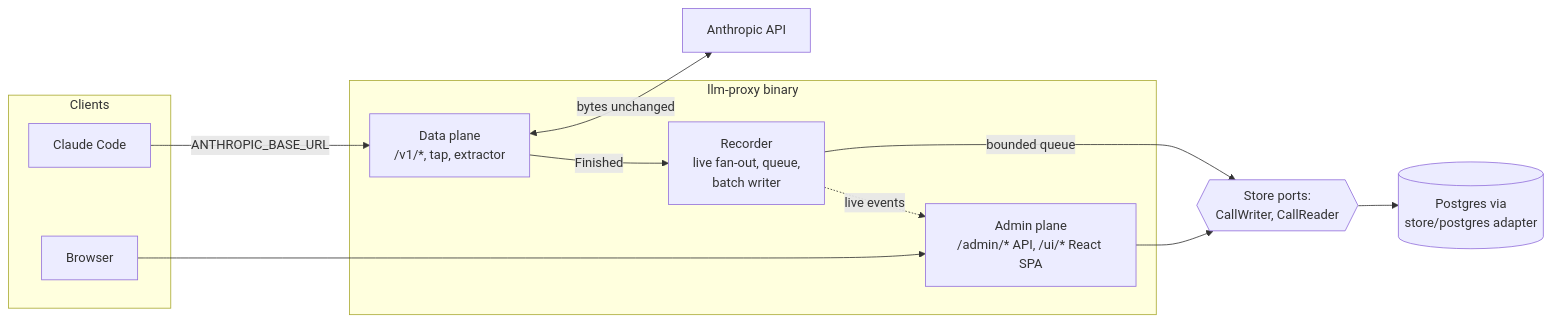
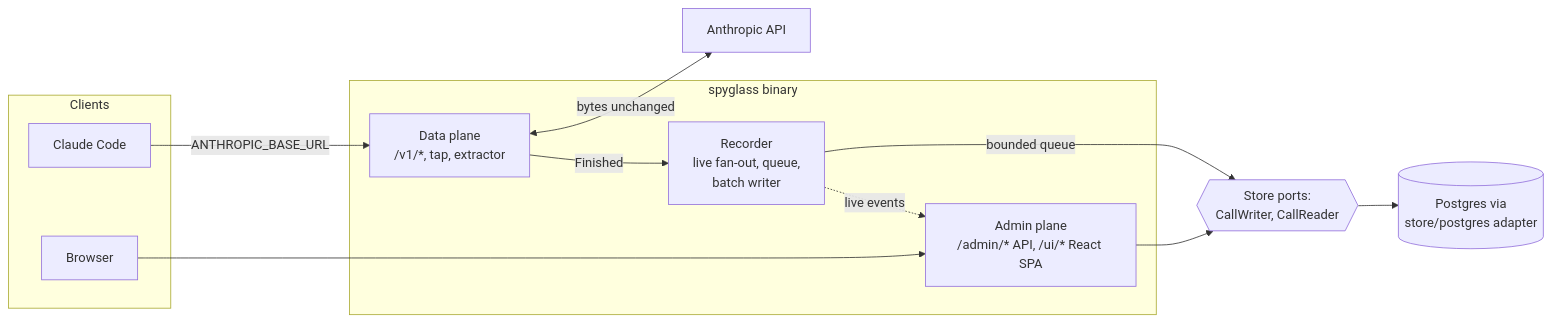
One commit to mtanzi/llm-proxy changed the diagram in docs/architecture/README.md. Above: the diagram before and after it, drawn with Mermaid. The commit also changed other lines of this file and 147 other files, not shown here.

First line of the commit message:
feat: rename llm-proxy to spyglass (#105)

````diff
--- a/docs/architecture/README.md
+++ b/docs/architecture/README.md
@@ -27,24 +27,24 @@
 ```mermaid
 flowchart LR
     subgraph clients[Clients]
         cc[Claude Code]
         br[Browser]
     end
-    subgraph bin[llm-proxy binary]
+    subgraph bin[spyglass binary]
         dp[Data plane<br/>/v1/*, tap, extractor]
         rec[Recorder<br/>live fan-out, queue,<br/>batch writer]
         adm[Admin plane<br/>/admin/* API, /ui/* React SPA]
     end
     up[Anthropic API]
     ports{{Store ports:<br/>CallWriter, CallReader}}
     pg[(Postgres via<br/>store/postgres adapter)]
 
     cc -->|ANTHROPIC_BASE_URL| dp
     dp <-->|bytes unchanged| up
     dp -->|Finished| rec
     rec -->|bounded queue| ports
     br --> adm
     adm --> ports
     ports --> pg
     rec -.->|live events| adm
 ```
````
